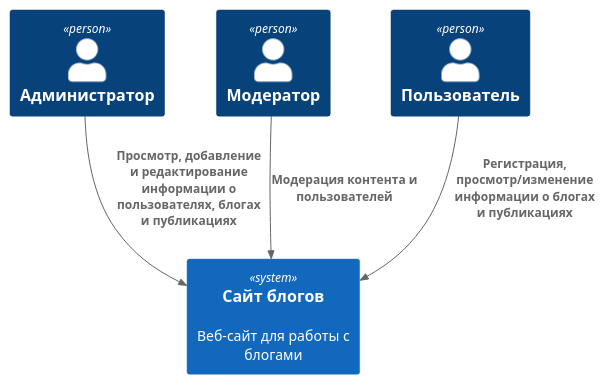
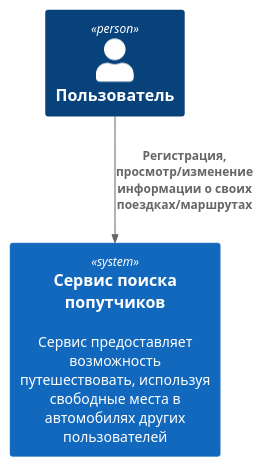
Before and after one commit to standardPrimitive/homework: the diagram in context.md, drawn with PlantUML. The commit also changed other lines of this file and 3 other files, not shown here.

````diff
--- a/context.md
+++ b/context.md
@@ -4,20 +4,12 @@
 ```plantuml
 @startuml
 !include https://raw.githubusercontent.com/plantuml-stdlib/C4-PlantUML/master/C4_Container.puml
 
-Person(admin, "Администратор")
-Person(moderator, "Модератор")
 Person(user, "Пользователь")
 
-System(conference_site, "Сайт блогов", "Веб-сайт для работы с блогами")
+System(conference_site, "Сервис поиска попутчиков", "Сервис предоставляет возможность путешествовать, используя свободные места в автомобилях других пользователей")
 
-
-
-Rel(admin, conference_site, "Просмотр, добавление и редактирование информации о пользователях, блогах и публикациях")
-Rel(moderator, conference_site, "Модерация контента и пользователей")
-Rel(user, conference_site, "Регистрация, просмотр/изменение информации о блогах и публикациях")
-
-
+Rel(user, conference_site, "Регистрация, просмотр/изменение информации о своих поездках/маршрутах")
 
 @enduml
 ```
````
